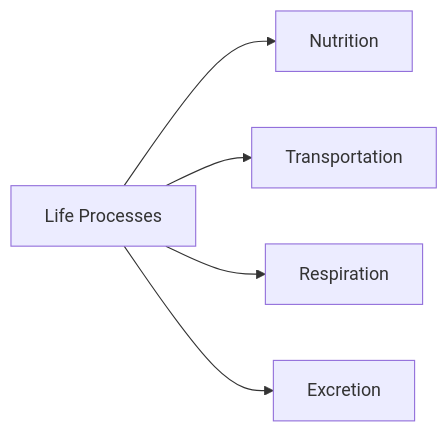
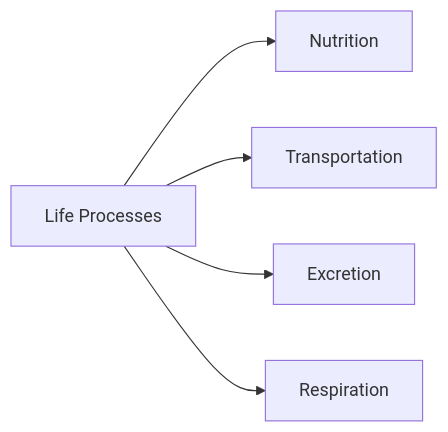
Before and after one commit to dyed8008/science: the diagram in Biology/Life Processes/Life Processes..md, drawn with Mermaid. The commit also changed 9 other files, not shown here.

````diff
--- a/Biology/Life Processes/Life Processes..md
+++ b/Biology/Life Processes/Life Processes..md
@@ -2,21 +2,16 @@
 ```mermaid
 graph LR
 
 %% Nodes
 A[Life Processes]
-B[Nutrition]
-C[Transportation]
-D[Respiration]
-E[Excretion]
-
 %% Node Connections
-A --> B
-A --> C
-A --> D
-A --> E
-%% Node Link
-click B href "obsidian://vault/Science/Biology/Life Processes/Nutrition.md"
-click C href "obsidian://vault/Science/Biology/Life Processes/Transportation.md"
-click D href "obsidian://vault/Science/Biology/Life Processes/Respiration.md"
-click E href "obsidian://vault/Science/Biology/Life Processes/Excretion.md"
+A --> Nutrition[Nutrition]
+A --> Transportation[Transportation]
+A --> Excretion[Excretion]
+A --> Respiration[Respiration]
+%% Classes
+class Nutrition internal-link;
+class Transportation internal-link;
+class Excretion internal-links;
+class Respiration internal-links;
 ```
````
